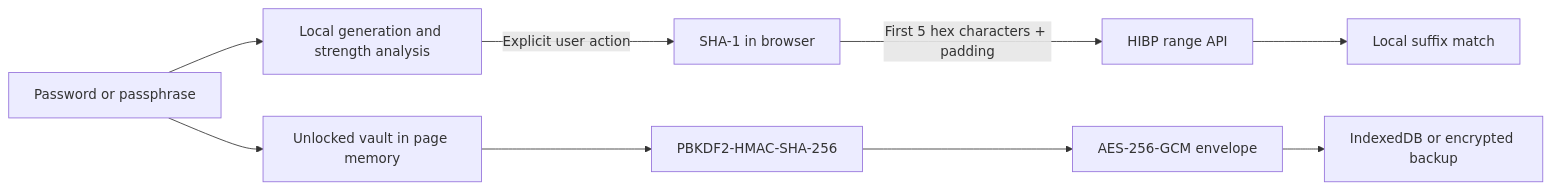
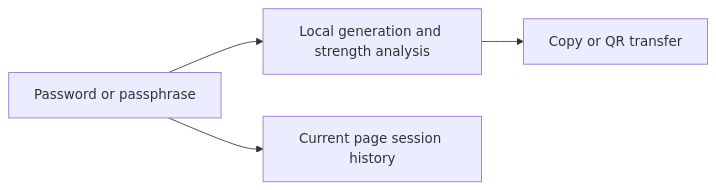
Before and after one commit to will-opz/opskitpro: the second of 2 diagrams in docs/architecture.md, drawn with Mermaid. The commit also changed other lines of this file and 11 other files, not shown here.

````diff
--- a/docs/architecture.md
+++ b/docs/architecture.md
@@ -51,11 +51,6 @@
 ```mermaid
 flowchart LR
     G["Password or passphrase"] --> L["Local generation and strength analysis"]
-    L -->|"Explicit user action"| H["SHA-1 in browser"]
-    H -->|"First 5 hex characters + padding"| P["HIBP range API"]
-    P --> M["Local suffix match"]
-    G --> V["Unlocked vault in page memory"]
-    V --> K["PBKDF2-HMAC-SHA-256"]
-    K --> X["AES-256-GCM envelope"]
-    X --> I["IndexedDB or encrypted backup"]
+    G --> S["Current page session history"]
+    L --> C["Copy or QR transfer"]
 ```
````
